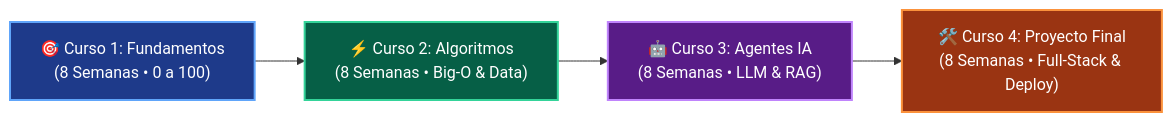
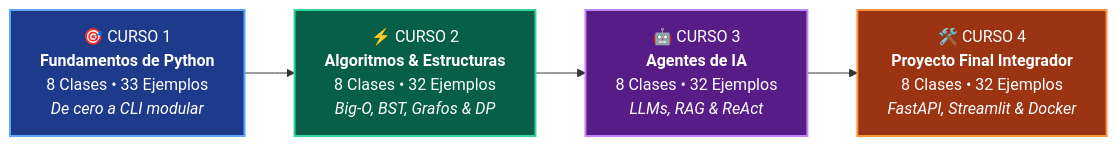
The second of 3 diagrams in README.md (wisrovi/wisrovi-python), drawn with Mermaid before and after one commit. The commit also changed other lines of this file, not shown here.

Commit message:
docs(root): redesign root README.md into a world-class portal with deep pedagogical architecture, 32-week curriculum matrix, and high-contrast Mermaids

````diff
--- a/README.md
+++ b/README.md
@@ -71,11 +119,11 @@
 ```mermaid
 flowchart LR
-    C1["🎯 Curso 1: Fundamentos<br/>(8 Semanas &bull; 0 a 100)"] --> C2["⚡ Curso 2: Algoritmos<br/>(8 Semanas &bull; Big-O & Data)"]
-    C2 --> C3["🤖 Curso 3: Agentes IA<br/>(8 Semanas &bull; LLM & RAG)"]
-    C3 --> C4["🛠️ Curso 4: Proyecto Final<br/>(8 Semanas &bull; Full-Stack & Deploy)"]
+    C1["🎯 CURSO 1<br/><b>Fundamentos de Python</b><br/>8 Clases &bull; 33 Ejemplos<br/><i>De cero a CLI modular</i>"] --> C2["⚡ CURSO 2<br/><b>Algoritmos & Estructuras</b><br/>8 Clases &bull; 32 Ejemplos<br/><i>Big-O, BST, Grafos & DP</i>"]
+    C2 --> C3["🤖 CURSO 3<br/><b>Agentes de IA</b><br/>8 Clases &bull; 32 Ejemplos<br/><i>LLMs, RAG & ReAct</i>"]
+    C3 --> C4["🛠️ CURSO 4<br/><b>Proyecto Final Integrador</b><br/>8 Clases &bull; 32 Ejemplos<br/><i>FastAPI, Streamlit & Docker</i>"]
 
     style C1 fill:#1e3a8a,color:#ffffff,stroke:#60a5fa,stroke-width:2px
     style C2 fill:#065f46,color:#ffffff,stroke:#34d399,stroke-width:2px
     style C3 fill:#581c87,color:#ffffff,stroke:#c084fc,stroke-width:2px
     style C4 fill:#9a3412,color:#ffffff,stroke:#fb923c,stroke-width:2px
 ```
````
